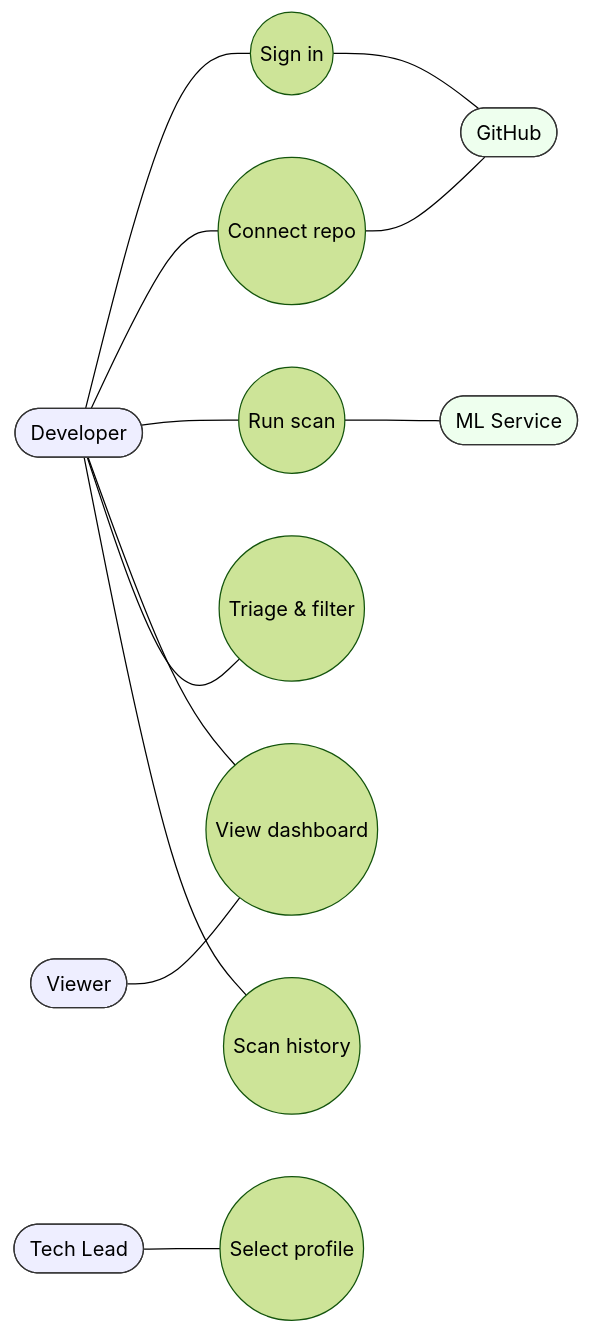
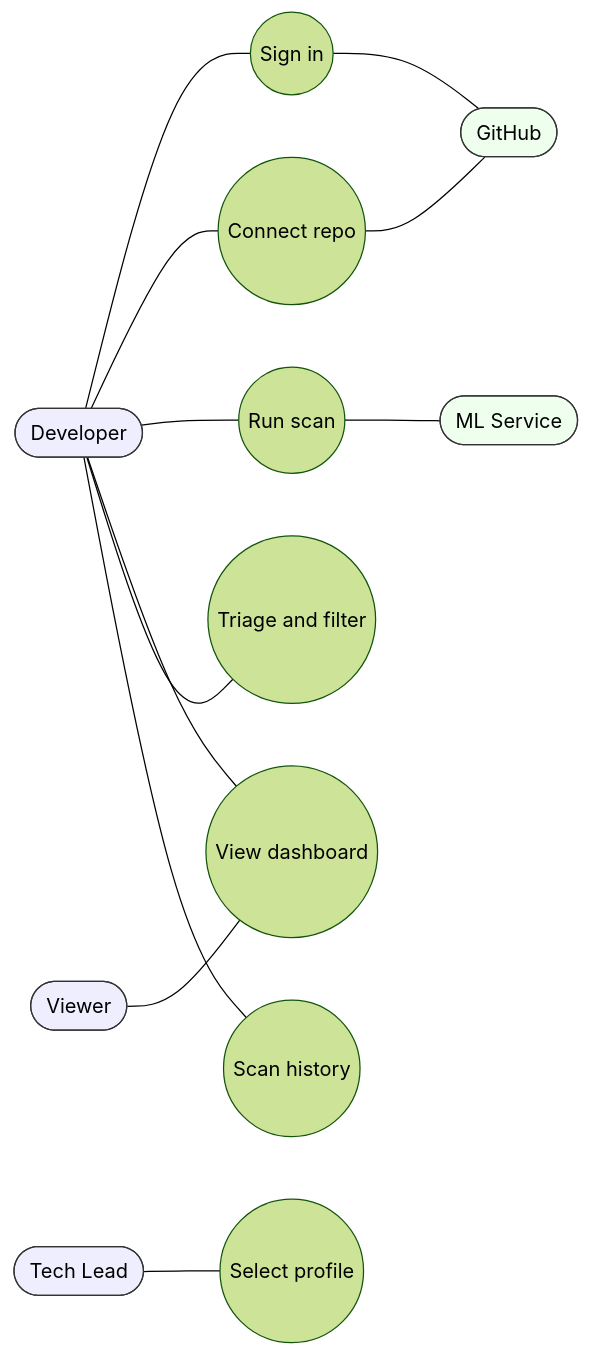
Before and after one commit to JPabasara/CodeSage-AI: the first of 9 diagrams in docs/Deliverables/Software_Architecture_Document.md, drawn with Mermaid (forest theme). The commit also changed other lines of this file, not shown here.

````diff
--- a/docs/Deliverables/Software_Architecture_Document.md
+++ b/docs/Deliverables/Software_Architecture_Document.md
@@ -113,28 +152,28 @@
 ```mermaid
 flowchart LR
     Dev([Developer]):::a
     Lead([Tech Lead]):::a
     View([Viewer]):::a
     GH([GitHub]):::ext
     ML([ML Service]):::ext
 
     UC1((Sign in))
     UC2((Connect repo))
     UC3((Run scan))
     UC4((View dashboard))
-    UC5((Triage & filter))
+    UC5((Triage and filter))
     UC6((Select profile))
     UC7((Scan history))
 
     Dev---UC1---GH
     Dev---UC2---GH
     Dev---UC3
     UC3---ML
     Dev---UC4
     View---UC4
     Dev---UC5
     Lead---UC6
     Dev---UC7
     classDef a fill:#eef,stroke:#333,color:#000
     classDef ext fill:#efe,stroke:#333,color:#000
 ```
````
